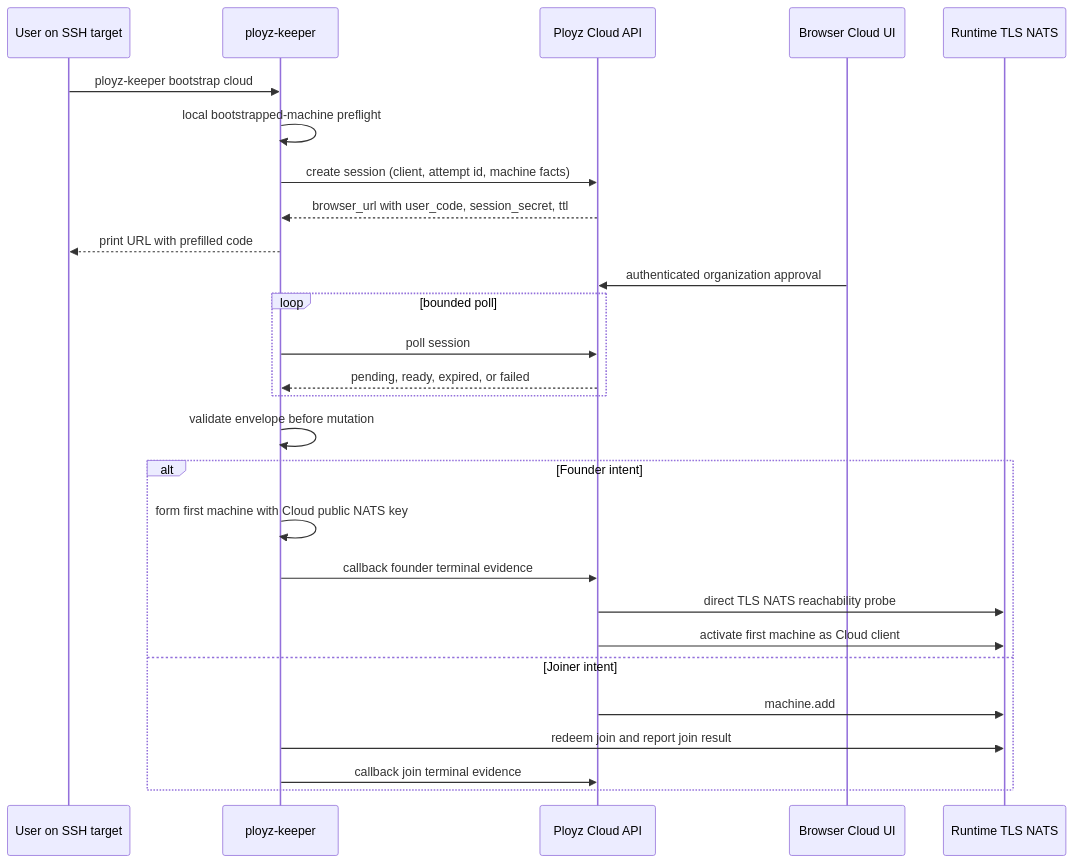
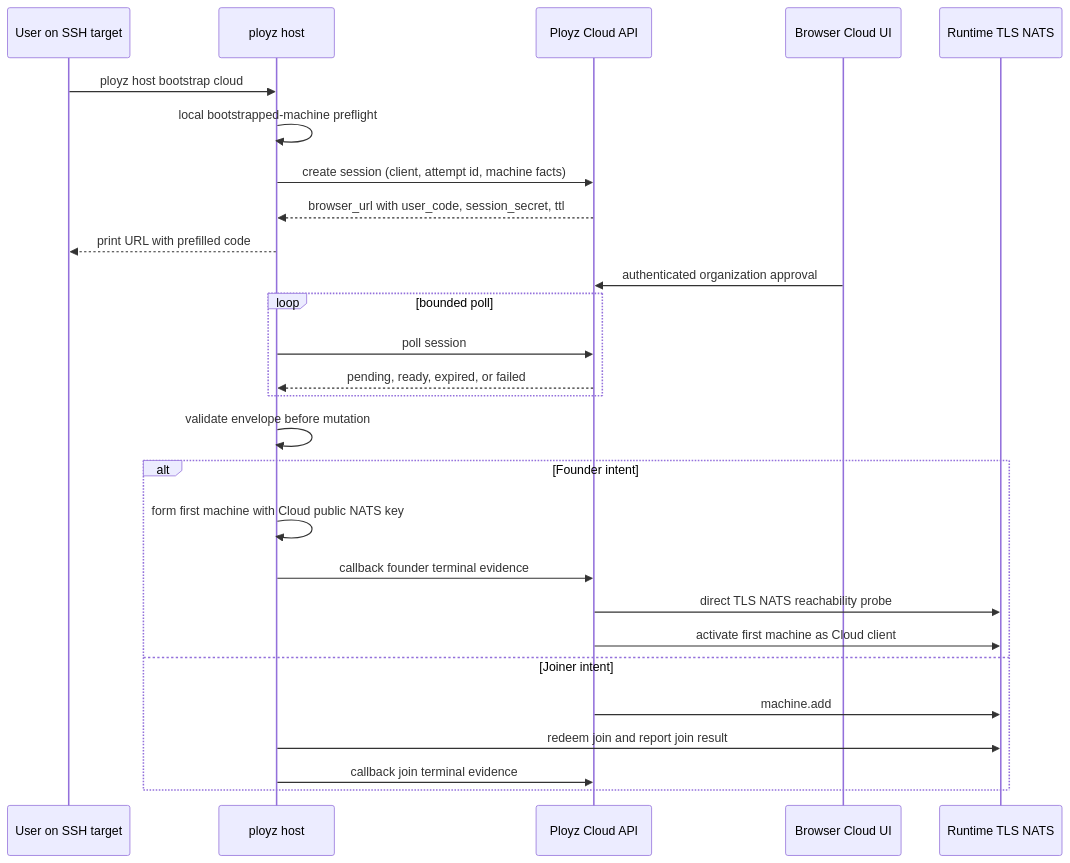
One commit to getployz/ployz changed the second of 3 diagrams in docs/plans/2026-06-26-002-feat-cross-repo-cloud-bootstrap-full-functionality-plan.md. Above: the diagram before and after it, drawn with Mermaid. The commit also changed other lines of this file and 253 other files, not shown here.

Commit message:
Merge operator CLI and Host Runner into one ployz binary (#312)

````diff
--- a/docs/plans/2026-06-26-002-feat-cross-repo-cloud-bootstrap-full-functionality-plan.md
+++ b/docs/plans/2026-06-26-002-feat-cross-repo-cloud-bootstrap-full-functionality-plan.md
@@ -375,30 +375,30 @@
 ```mermaid
 sequenceDiagram
   participant U as User on SSH target
-  participant K as ployz-keeper
+  participant K as ployz host
   participant C as Ployz Cloud API
   participant B as Browser Cloud UI
   participant N as Runtime TLS NATS
 
-  U->>K: ployz-keeper bootstrap cloud
+  U->>K: ployz host bootstrap cloud
   K->>K: local bootstrapped-machine preflight
   K->>C: create session (client, attempt id, machine facts)
   C-->>K: browser_url with user_code, session_secret, ttl
   K-->>U: print URL with prefilled code
   B->>C: authenticated organization approval
   loop bounded poll
     K->>C: poll session
     C-->>K: pending, ready, expired, or failed
   end
   K->>K: validate envelope before mutation
   alt Founder intent
     K->>K: form first machine with Cloud public NATS key
     K->>C: callback founder terminal evidence
     C->>N: direct TLS NATS reachability probe
     C->>N: activate first machine as Cloud client
   else Joiner intent
     C->>N: machine.add
     K->>N: redeem join and report join result
     K->>C: callback join terminal evidence
   end
 ```
````
